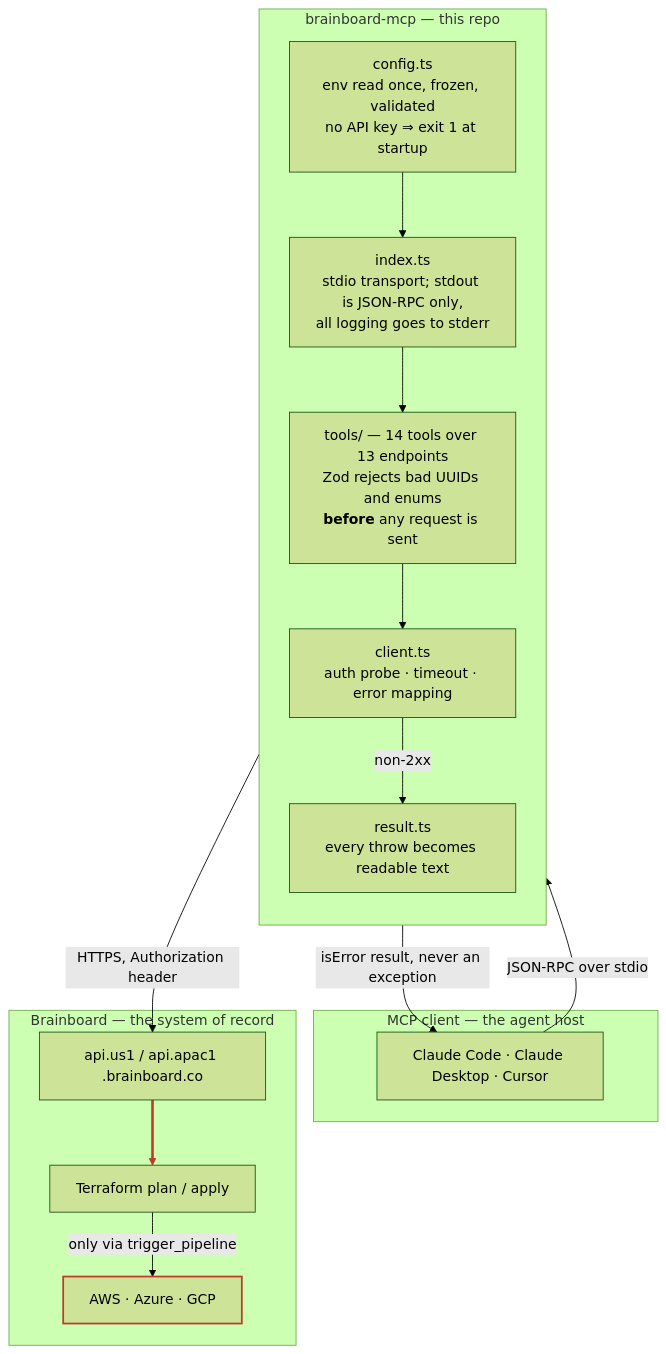
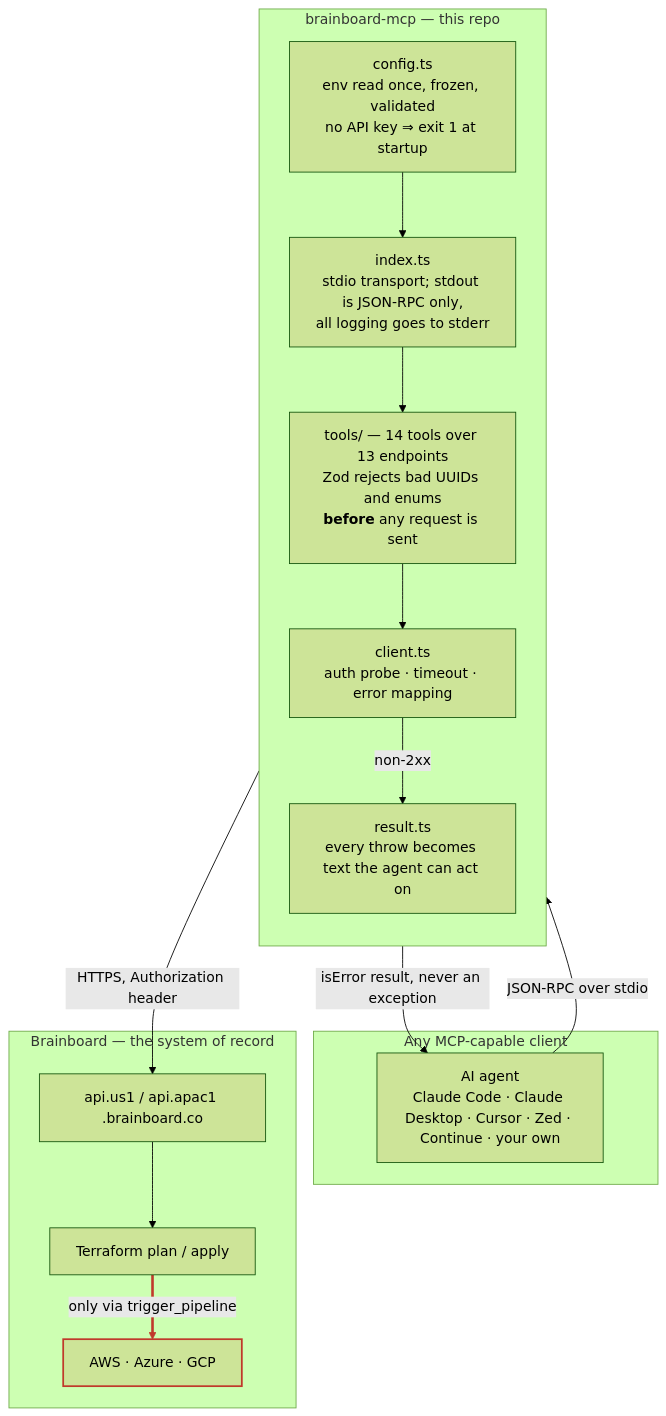
One commit to smitp1402/Brainboard changed the diagram in README.md. Above: the diagram before and after it, drawn with Mermaid (forest theme). The commit also changed other lines of this file, not shown here.

Commit message:
docs: present the server as client-agnostic, not Claude-specific
MCP is an open protocol and this server is a plain stdio process — nothing in
it is tied to one vendor. The README read as though it were, which narrows the
apparent audience for no reason.

- Diagram: the client node is now "Any MCP-capable client", naming Claude Code,
  Claude Desktop, Cursor, Zed, Continue and custom agents as examples rather
  than as the list. Renamed the node LLM -> AGENT to match.
- Install: leads with the vendor-neutral mcpServers JSON that every client
  accepts. The `claude mcp add` one-liner stays, demoted to an example of a
  client that offers a CLI shortcut.
- Local setup: replaced the Claude-Code-only command with the generic
  command/args pair.

Also corrects the diagram's linkStyle index. The graph declares nine edges, not
eight; an earlier commit changed the index from 8 to 7 on a miscount, which
painted `API -> Terraform` red instead of `Terraform -> cloud`. Since the
caption calls that edge "the only path to irreversible effect", the wrong edge
was highlighted. Index verified by parsing the block rather than by eye.

````diff
--- a/README.md
+++ b/README.md
@@ -47,34 +49,34 @@
 ```mermaid
 flowchart TB
-    subgraph host["MCP client — the agent host"]
-        LLM["Claude Code · Claude Desktop · Cursor"]
+    subgraph host["Any MCP-capable client"]
+        AGENT["AI agent<br/>Claude Code · Claude Desktop · Cursor · Zed · Continue · your own"]
     end
 
     subgraph server["brainboard-mcp — this repo"]
         direction TB
         IDX["index.ts<br/>stdio transport; stdout is JSON-RPC only,<br/>all logging goes to stderr"]
         CFG["config.ts<br/>env read once, frozen, validated<br/>no API key ⇒ exit 1 at startup"]
         TOOLS["tools/ — 14 tools over 13 endpoints<br/>Zod rejects bad UUIDs and enums<br/><b>before</b> any request is sent"]
-        RES["result.ts<br/>every throw becomes readable text"]
+        RES["result.ts<br/>every throw becomes text the agent can act on"]
         CLI["client.ts<br/>auth probe · timeout · error mapping"]
     end
 
     subgraph bb["Brainboard — the system of record"]
         API["api.us1 / api.apac1 .brainboard.co"]
         TF["Terraform plan / apply"]
         CLOUD["AWS · Azure · GCP"]
     end
 
-    LLM -- "JSON-RPC over stdio" --> IDX
+    AGENT -- "JSON-RPC over stdio" --> IDX
     CFG --> IDX
     IDX --> TOOLS
     TOOLS --> CLI
     CLI -- "HTTPS, Authorization header" --> API
     CLI -- "non-2xx" --> RES
-    RES -- "isError result, never an exception" --> LLM
+    RES -- "isError result, never an exception" --> AGENT
     API --> TF
     TF -- "only via trigger_pipeline" --> CLOUD
 
-    linkStyle 7 stroke:#c0392b,stroke-width:3px
+    linkStyle 8 stroke:#c0392b,stroke-width:3px
     style CLOUD stroke:#c0392b,stroke-width:2px
 ```
````
